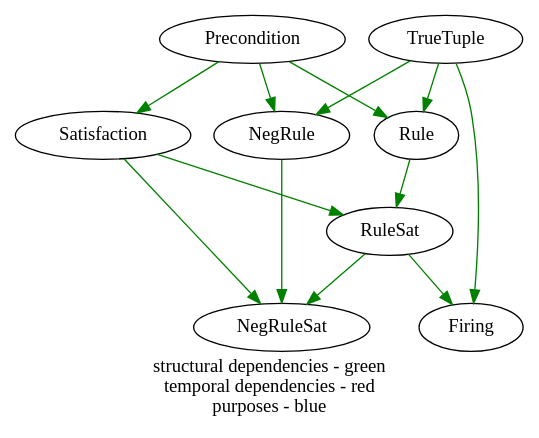
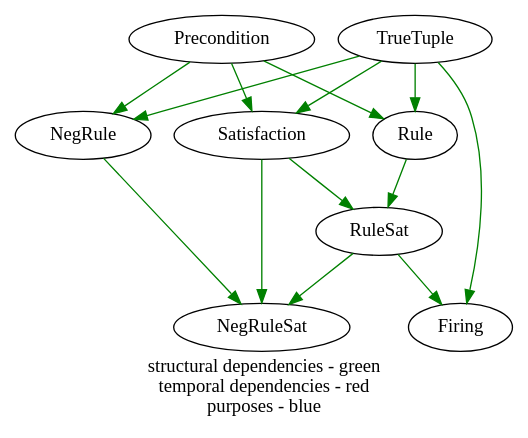
The diagram in doc/structural.dot (hefeix/google-gen), drawn with Graphviz before and after one commit. The commit also changed 9 other files, not shown here.

```diff
--- a/doc/structural.dot
+++ b/doc/structural.dot
@@ -1,15 +1,16 @@
 digraph components { // red green blue
 	graph [label= "structural dependencies - green\ntemporal dependencies - red\npurposes - blue"]; // red green blue
 	Precondition ->	Rule [color=green];
 	Precondition -> NegRule [color=green];
 	Precondition -> Satisfaction [color=green];
 	Satisfaction -> RuleSat [color=green];
 	Satisfaction -> NegRuleSat [color=green];
 	Rule -> RuleSat [color=green];
 	NegRule -> NegRuleSat [color=green];
 	RuleSat -> NegRuleSat [color=green];
 	RuleSat -> Firing [color=green];
+	TrueTuple -> Satisfaction [color=green];
 	TrueTuple -> Firing [color=green];
 	TrueTuple -> Rule [color=green];
 	TrueTuple -> NegRule [color=green];
 } // red green blue
```
